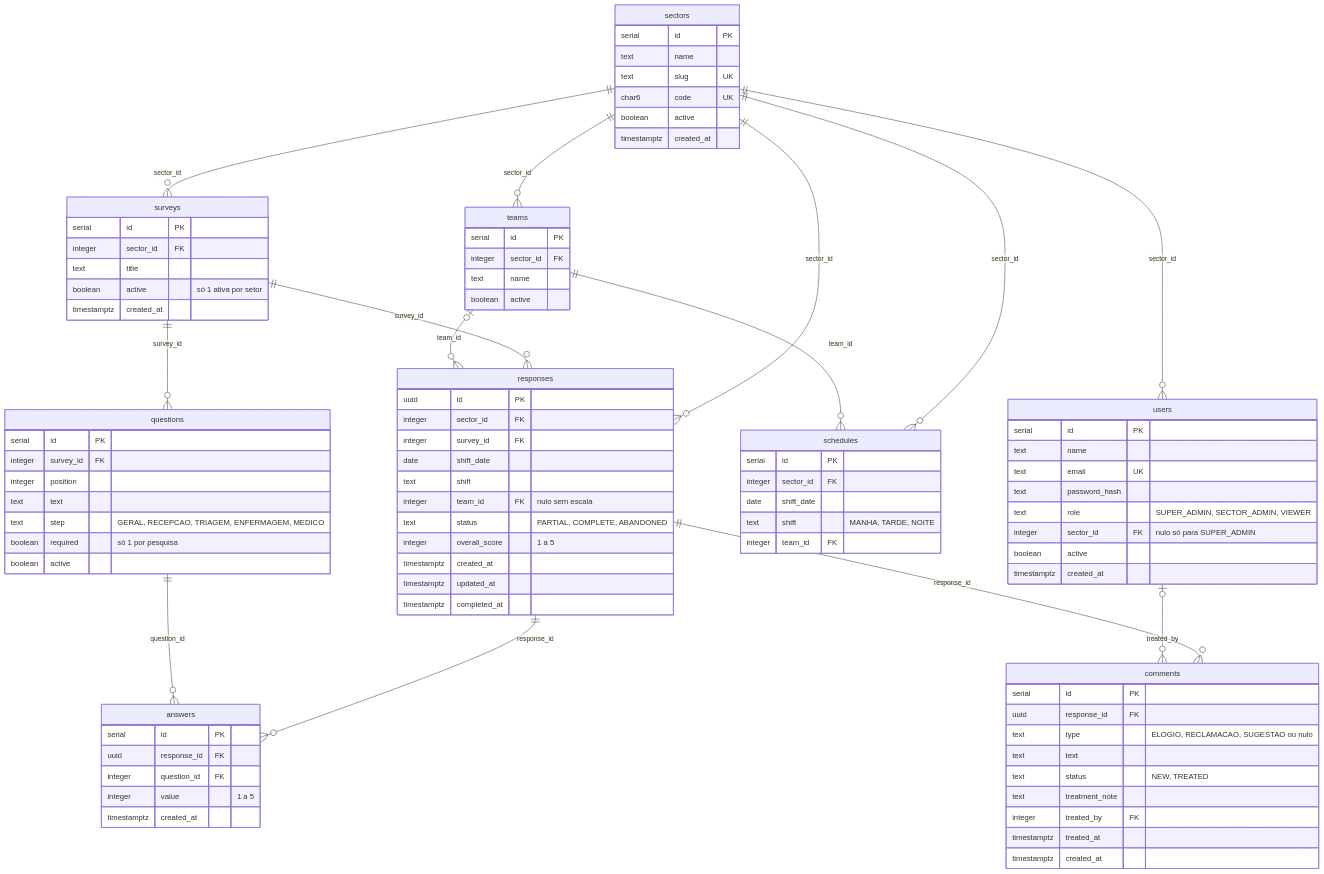
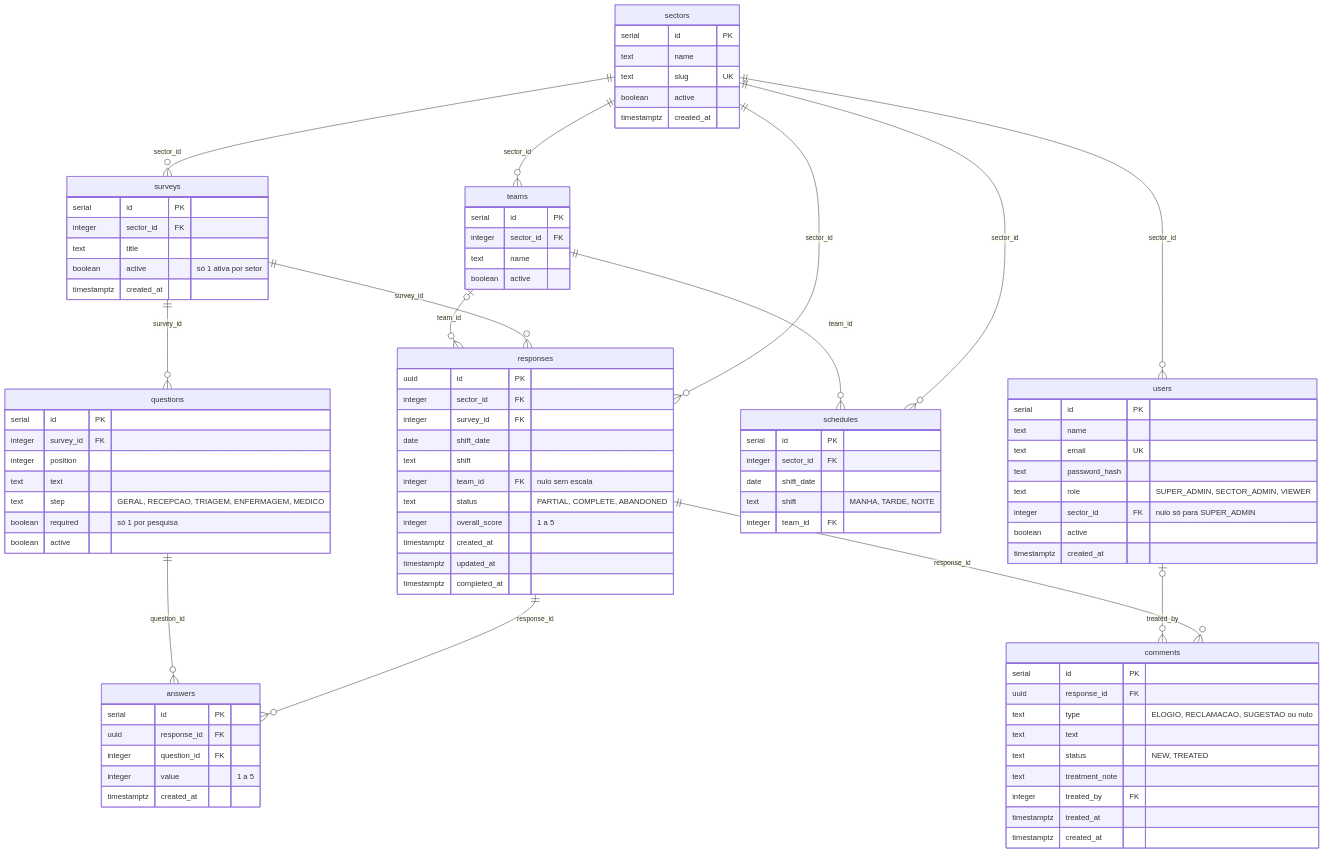
One commit to raf4sant0s/sitema-de-gerenciamento-de-avaliacoes-hospitalar changed the second of 3 diagrams in docs/banco-de-dados.md. Above: the diagram before and after it, drawn with Mermaid. The commit also changed other lines of this file and 39 other files, not shown here.

```diff
--- a/docs/banco-de-dados.md
+++ b/docs/banco-de-dados.md
@@ -106,7 +106,6 @@
         serial id PK
         text name
         text slug UK
-        char6 code UK
         boolean active
         timestamptz created_at
     }
```
